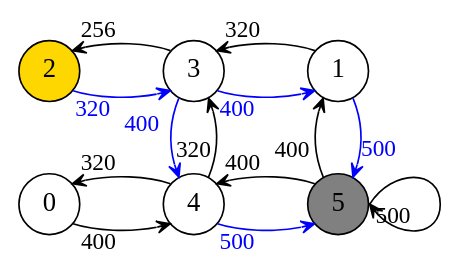
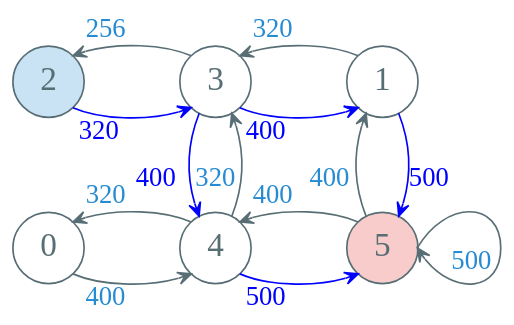
One commit to Avanti1980/presentation changed the fourth of 13 diagrams in 190731-rl-intro/190731-rl-intro-notes.md. Above: the diagram before and after it, drawn with Graphviz. The commit also changed other lines of this file and 5 other files, not shown here.

````diff
--- a/190731-rl-intro/190731-rl-intro-notes.md
+++ b/190731-rl-intro/190731-rl-intro-notes.md
@@ -1104,27 +593,28 @@
 ```dot
 digraph g {
-  graph [ranksep=0.7 nodesep=0.6]
-  node [shape=circle fontsize=16 fontname="Source Sans Pro"]
-  edge [arrowhead=vee arrowsize=0.8]
-  rankdir=LR
+  graph [ranksep=0.8 nodesep=0.8]
+    node [shape=circle color="#586e75" fontcolor="#586e75" fontsize=20 fontname="EBG, fzlz"]
+    edge [arrowhead=vee color="#586e75" fontcolor="#268bd2" fontsize=16 arrowsize=0.8]
+    rankdir=LR
+    bgcolor="transparent"
 
   0 -> 4 [xlabel=400]
   4 -> 0 [xlabel=320]
 
   {1, 4} -> 5 [xlabel=<<font color='blue'>500</font>> color=blue]
-  5:e -> 5:e [xlabel=500]
+  5:e -> 5:e [xlabel="    500"]
 
   {1, 4} -> 3 [xlabel=320]
   2 -> 3 [xlabel=<<font color='blue'>320</font>> color=blue]
   3 -> {1,4} [xlabel=<<font color='blue'>400</font>> color=blue]
   5 -> {1,4} [xlabel=400]
   3 -> 2 [xlabel=256]
 
-  5 [fillcolor=gray, style=filled]
-  2 [fillcolor=gold, style=filled]
+  5 [fillcolor="#dc322f3f", style=filled]
+  2 [fillcolor="#268bd23f", style=filled]
 
   {rank = same; 0; 2;}
   {rank = same; 3; 4;}
   {rank = same; 1; 5;}
 }
 ```
````
